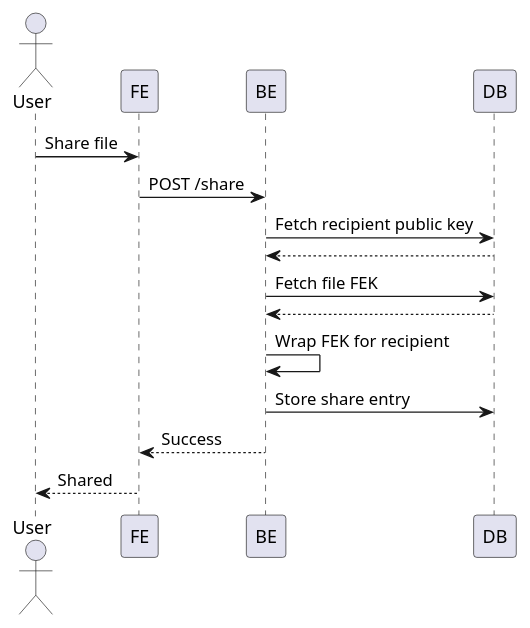
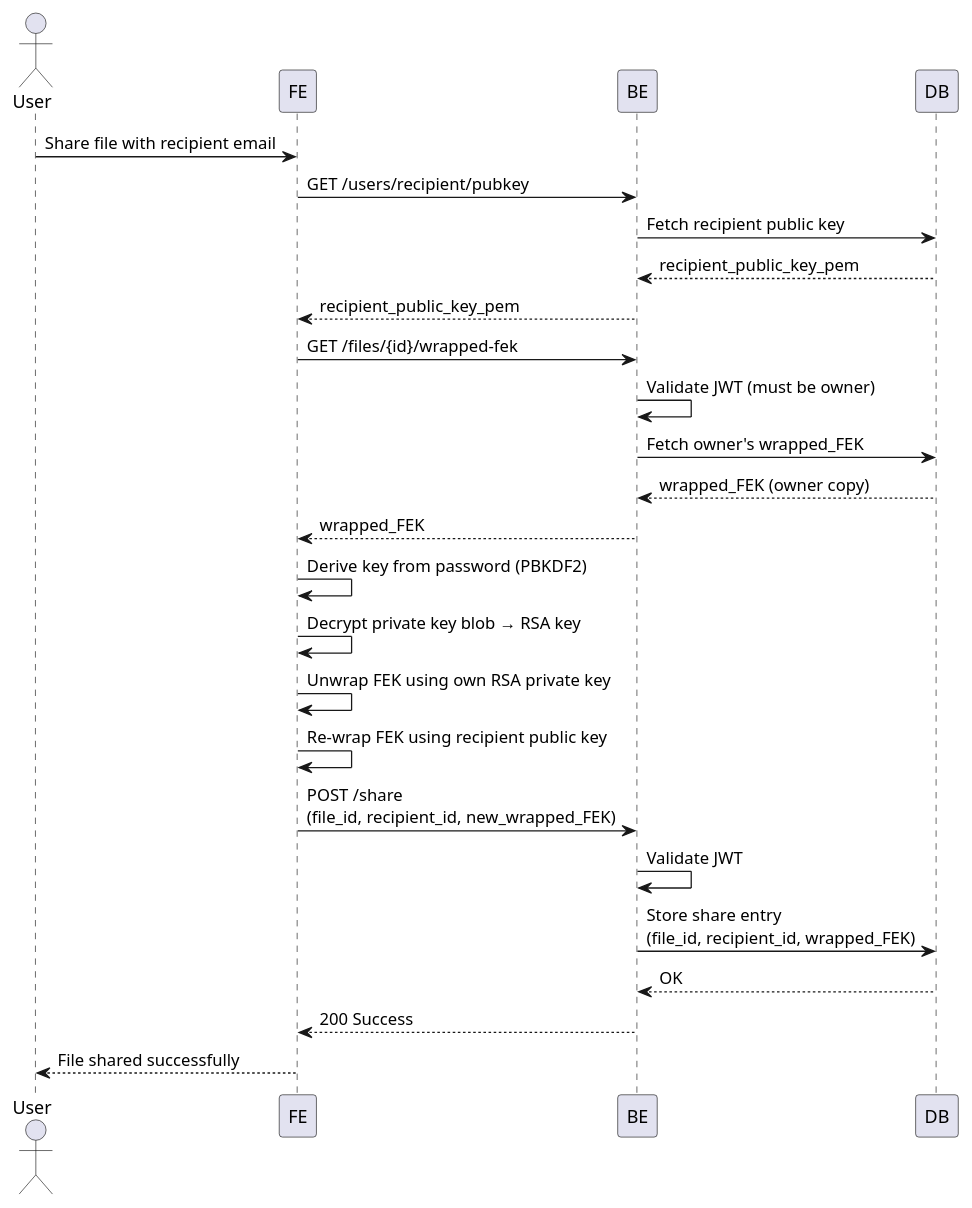
The diagram in docs/plantuml/us-6-share-file.puml (codedsami/SOEN-321-Project), drawn with PlantUML before and after one commit. The commit also changed 9 other files, not shown here.

```diff
--- a/docs/plantuml/us-6-share-file.puml
+++ b/docs/plantuml/us-6-share-file.puml
@@ -1,23 +1,31 @@
 @startuml
 actor User
 participant FE
 participant BE
 participant DB
 
-User -> FE : Share file
-FE -> BE : POST /share
+User -> FE : Share file with recipient email
 
+FE -> BE : GET /users/recipient/pubkey
 BE -> DB : Fetch recipient public key
-DB --> BE
+DB --> BE : recipient_public_key_pem
+BE --> FE : recipient_public_key_pem
 
-BE -> DB : Fetch file FEK
-DB --> BE
+FE -> BE : GET /files/{id}/wrapped-fek
+BE -> BE : Validate JWT (must be owner)
+BE -> DB : Fetch owner's wrapped_FEK
+DB --> BE : wrapped_FEK (owner copy)
+BE --> FE : wrapped_FEK
 
-BE -> BE : Wrap FEK for recipient
+FE -> FE : Derive key from password (PBKDF2)
+FE -> FE : Decrypt private key blob → RSA key
+FE -> FE : Unwrap FEK using own RSA private key
+FE -> FE : Re-wrap FEK using recipient public key
 
-BE -> DB : Store share entry
-
-BE --> FE : Success
-FE --> User : Shared
-
+FE -> BE : POST /share\n(file_id, recipient_id, new_wrapped_FEK)
+BE -> BE : Validate JWT
+BE -> DB : Store share entry\n(file_id, recipient_id, wrapped_FEK)
+DB --> BE : OK
+BE --> FE : 200 Success
+FE --> User : File shared successfully
 @enduml
```
